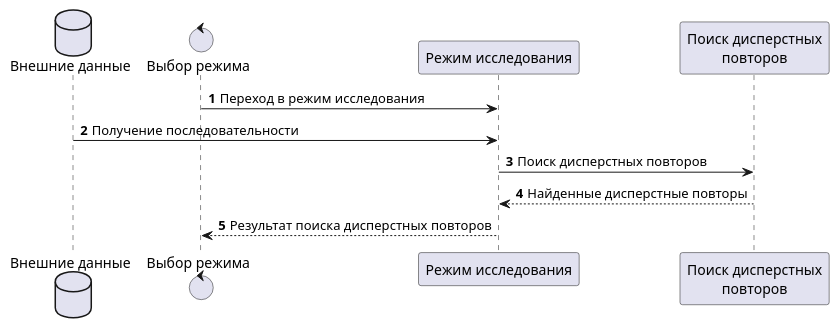
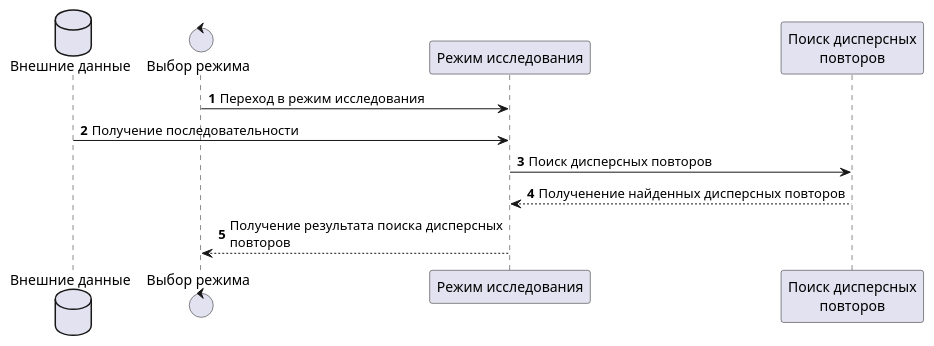
Before and after one commit to ikramanop/aligner: the diagram in diagrams/scheme_exploring.puml, drawn with PlantUML. The commit also changed 5 other files, not shown here.

```diff
--- a/diagrams/scheme_exploring.puml
+++ b/diagrams/scheme_exploring.puml
@@ -1,15 +1,15 @@
 @startuml
 
 database "Внешние данные" as data
 control "Выбор режима" as router
 participant "Режим исследования" as exp
-participant "Поиск дисперстных\nповторов" as search
+participant "Поиск дисперсных\nповторов" as search
 
 autonumber
 router -> exp: Переход в режим исследования
 data -> exp: Получение последовательности
-exp -> search: Поиск дисперстных повторов
-search --> exp: Найденные дисперстные повторы
-exp --> router: Результат поиска дисперстных повторов
+exp -> search: Поиск дисперсных повторов
+search --> exp: Полученение найденных дисперсных повторов
+exp --> router: Получение результата поиска дисперсных\nповторов
 
 @enduml
```
